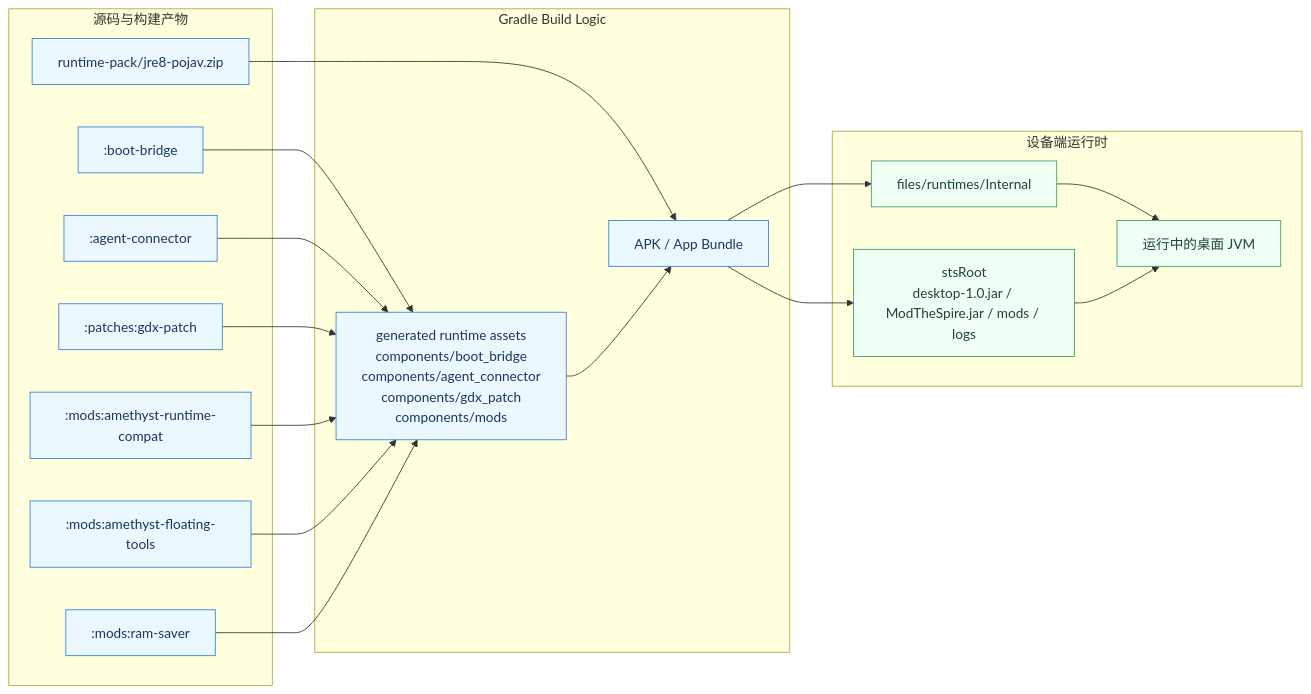
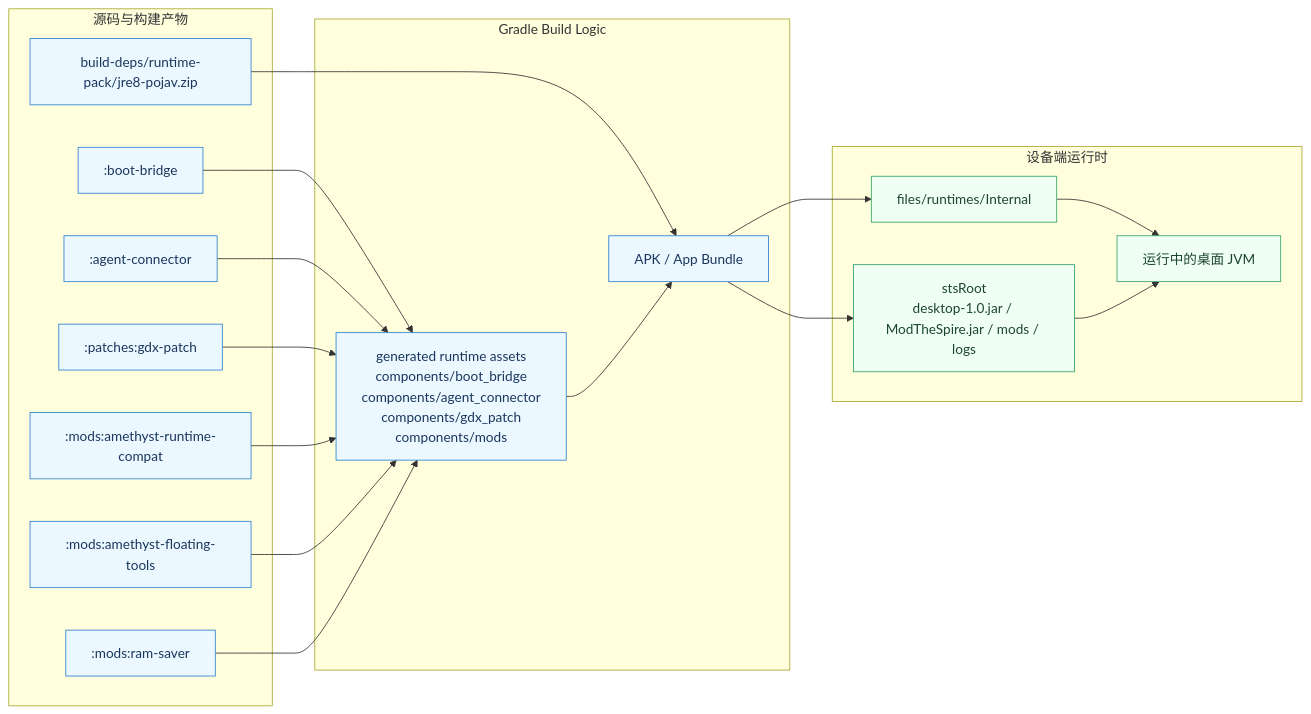
The fourth of 6 diagrams in docs/system-architecture-report.md (HHDLcopy/SlayTheAmethystModded), drawn with Mermaid before and after one commit. The commit also changed 24 other files, not shown here.

````diff
--- a/docs/system-architecture-report.md
+++ b/docs/system-architecture-report.md
@@ -197,41 +197,41 @@
 ```mermaid
 flowchart LR
     subgraph Source["源码与构建产物"]
         BootBridge[":boot-bridge"]:::build
         Agent[":agent-connector"]:::build
         GdxPatch[":patches:gdx-patch"]:::build
         RuntimeCompat[":mods:amethyst-runtime-compat"]:::build
         FloatingTools[":mods:amethyst-floating-tools"]:::build
         RamSaver[":mods:ram-saver"]:::build
-        RuntimePack["runtime-pack/jre8-pojav.zip"]:::build
+        RuntimePack["build-deps/runtime-pack/jre8-pojav.zip"]:::build
     end
 
     subgraph BuildLogic["Gradle Build Logic"]
         Assets["generated runtime assets<br/>components/boot_bridge<br/>components/agent_connector<br/>components/gdx_patch<br/>components/mods"]:::build
         Apk["APK / App Bundle"]:::build
     end
 
     subgraph Device["设备端运行时"]
         Files["files/runtimes/Internal"]:::runtime
         Sts["stsRoot<br/>desktop-1.0.jar / ModTheSpire.jar / mods / logs"]:::runtime
         JvmProcess["运行中的桌面 JVM"]:::runtime
     end
 
     BootBridge --> Assets
     Agent --> Assets
     GdxPatch --> Assets
     RuntimeCompat --> Assets
     FloatingTools --> Assets
     RamSaver --> Assets
     RuntimePack --> Apk
     Assets --> Apk
 
     Apk --> Files
     Apk --> Sts
 
     Files --> JvmProcess
     Sts --> JvmProcess
 
     classDef build fill:#ebf8ff,stroke:#3182ce,color:#1a365d;
     classDef runtime fill:#f0fff4,stroke:#38a169,color:#1c4532;
 ```
````
